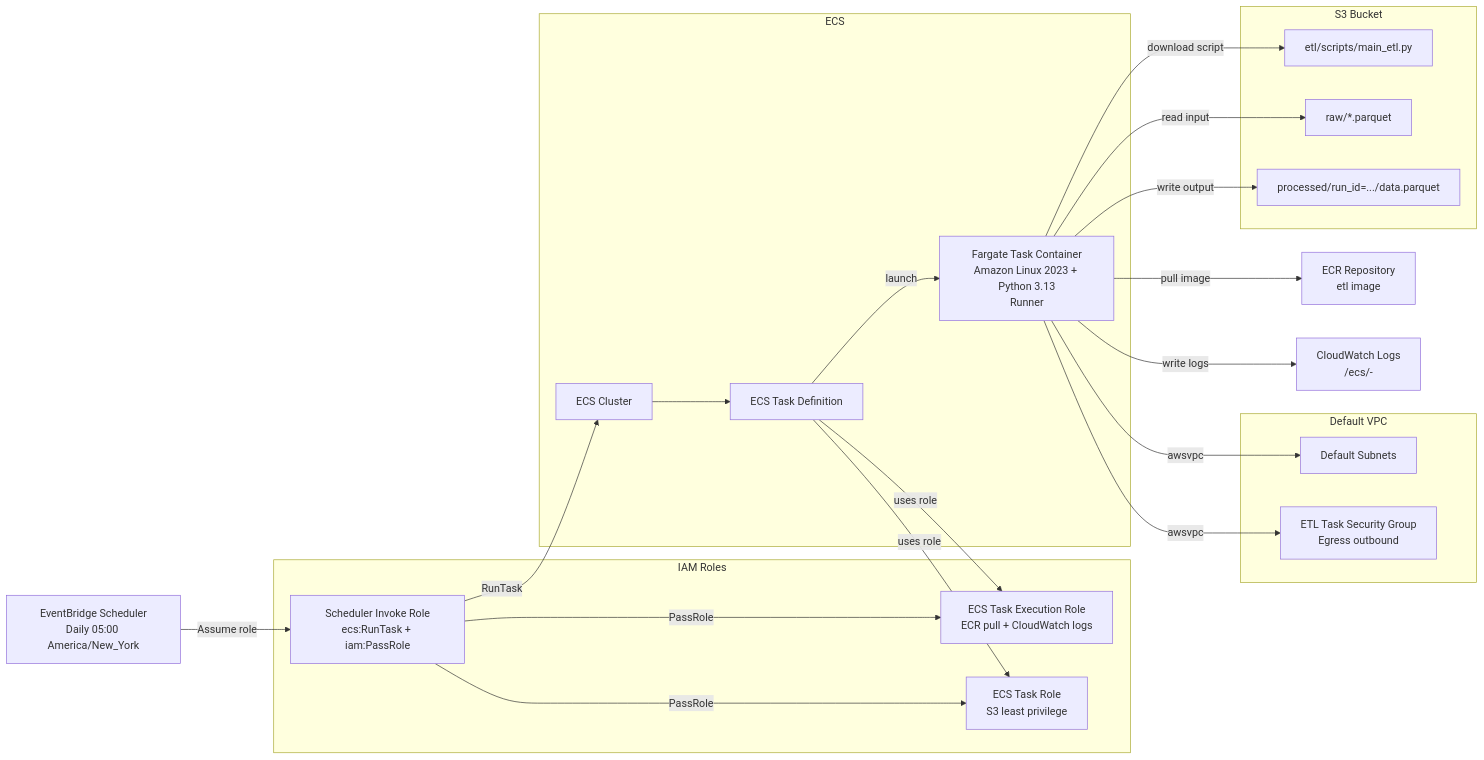
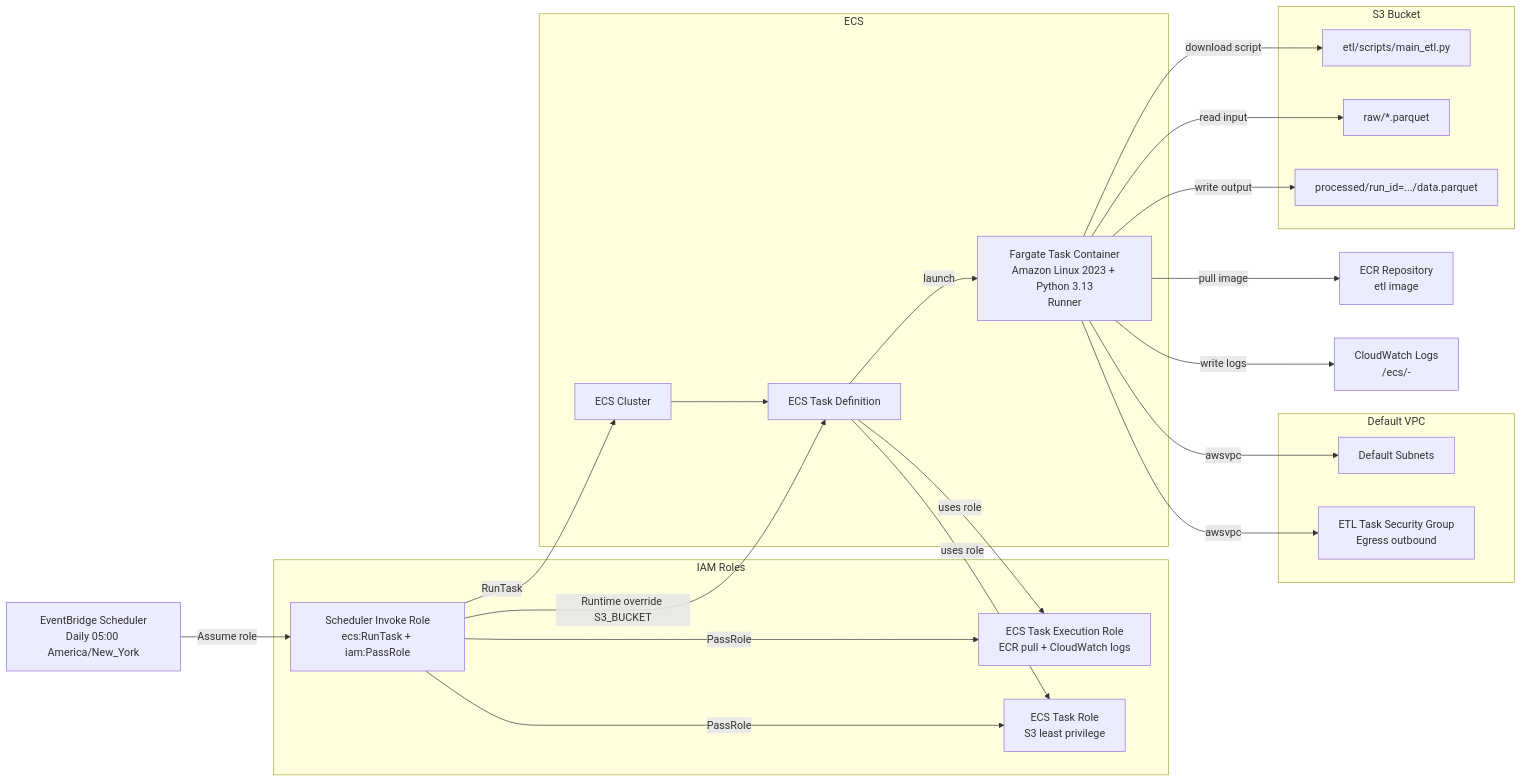
The diagram in substack/articles/2026.05.12-ecs_etl/README.md (mattmartin14/dream_machine), drawn with Mermaid before and after one commit. The commit also changed other lines of this file and 14 other files, not shown here.

````diff
--- a/substack/articles/2026.05.12-ecs_etl/README.md
+++ b/substack/articles/2026.05.12-ecs_etl/README.md
@@ -23,49 +43,50 @@
 ```mermaid
 flowchart LR
   SCHED[EventBridge Scheduler\nDaily 05:00 America/New_York]
 
   subgraph IAM[IAM Roles]
     SR[Scheduler Invoke Role\necs:RunTask + iam:PassRole]
     ER[ECS Task Execution Role\nECR pull + CloudWatch logs]
     TR[ECS Task Role\nS3 least privilege]
   end
 
   subgraph NET[Default VPC]
     SUBNETS[Default Subnets]
     SG[ETL Task Security Group\nEgress outbound]
   end
 
   subgraph ECS[ECS]
     CLUSTER[ECS Cluster]
     TASKDEF[ECS Task Definition]
     FARGATE[Fargate Task Container\nAmazon Linux 2023 + Python 3.13\nRunner]
   end
 
   ECR[ECR Repository\netl image]
   LOGS[CloudWatch Logs\n/ecs/<project>-<env>]
 
   subgraph S3[S3 Bucket]
     SCRIPT[etl/scripts/main_etl.py]
     RAW[raw/*.parquet]
     PROC[processed/run_id=.../data.parquet]
   end
 
   SCHED -->|Assume role| SR
   SR -->|RunTask| CLUSTER
   SR -->|PassRole| ER
   SR -->|PassRole| TR
+  SR -->|Runtime override S3_BUCKET| TASKDEF
 
   CLUSTER --> TASKDEF
   TASKDEF -->|uses role| ER
   TASKDEF -->|uses role| TR
   TASKDEF -->|launch| FARGATE
 
   FARGATE -->|awsvpc| SUBNETS
   FARGATE -->|awsvpc| SG
 
   FARGATE -->|pull image| ECR
   FARGATE -->|write logs| LOGS
   FARGATE -->|download script| SCRIPT
   FARGATE -->|read input| RAW
   FARGATE -->|write output| PROC
 ```
````
